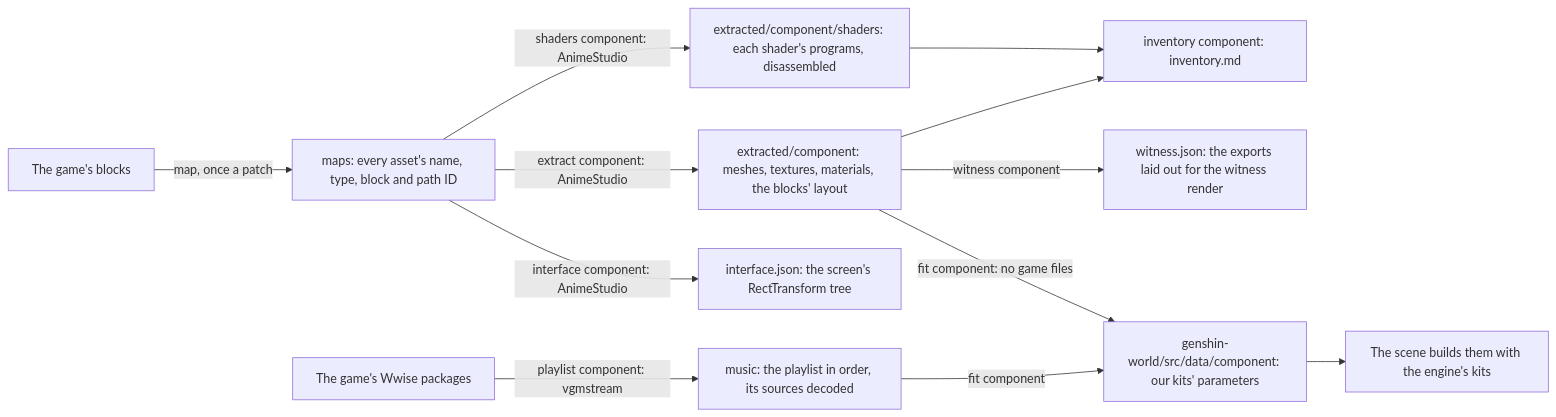
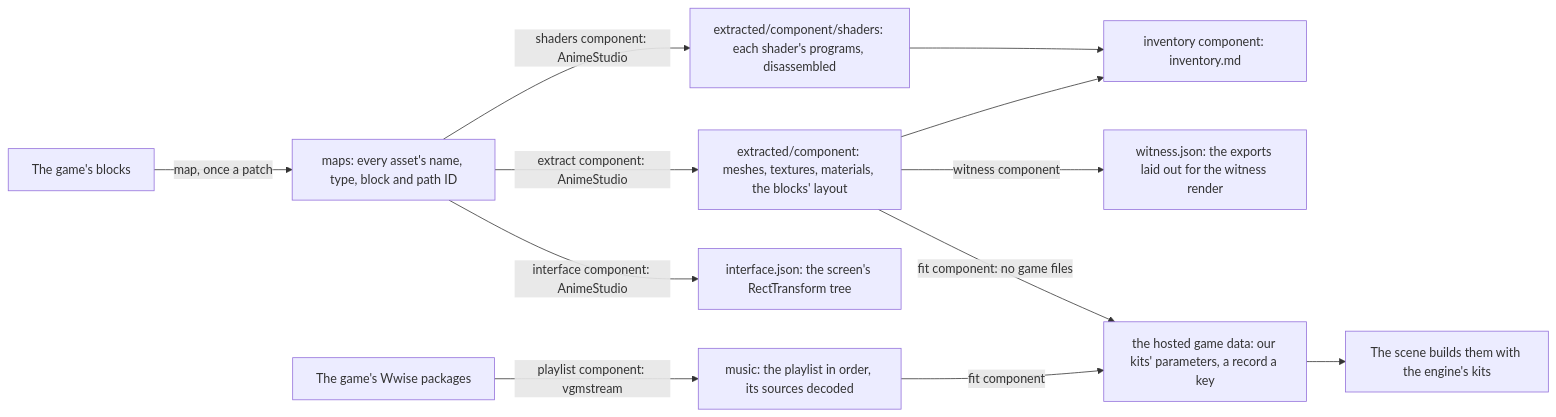
One commit to Esposter/Esposter changed the second of 3 diagrams in apps/web/content/docs/genshin/derived-assets.md. Above: the diagram before and after it, drawn with Mermaid. The commit also changed other lines of this file and 16 other files, not shown here.

First line of the commit message:
docs(genshin): the fits, the parity loops and the authored files publish their records by key, and a world data file is read from the lock first

````diff
--- a/apps/web/content/docs/genshin/derived-assets.md
+++ b/apps/web/content/docs/genshin/derived-assets.md
@@ -33,14 +33,14 @@
 ```mermaid
 flowchart LR
   B[The game's blocks] -->|"map, once a patch"| M["maps: every asset's name, type, block and path ID"]
   M -->|"extract component: AnimeStudio"| E["extracted/component: meshes, textures, materials, the blocks' layout"]
   M -->|"shaders component: AnimeStudio"| S["extracted/component/shaders: each shader's programs, disassembled"]
   E --> I["inventory component: inventory.md"]
   S --> I
   E -->|"witness component"| W["witness.json: the exports laid out for the witness render"]
   M -->|"interface component: AnimeStudio"| U["interface.json: the screen's RectTransform tree"]
   A[The game's Wwise packages] -->|"playlist component: vgmstream"| P["music: the playlist in order, its sources decoded"]
   P -->|"fit component"| D
-  E -->|"fit component: no game files"| D["genshin-world/src/data/component: our kits' parameters"]
+  E -->|"fit component: no game files"| D["the hosted game data: our kits' parameters, a record a key"]
   D --> K[The scene builds them with the engine's kits]
 ```
````
